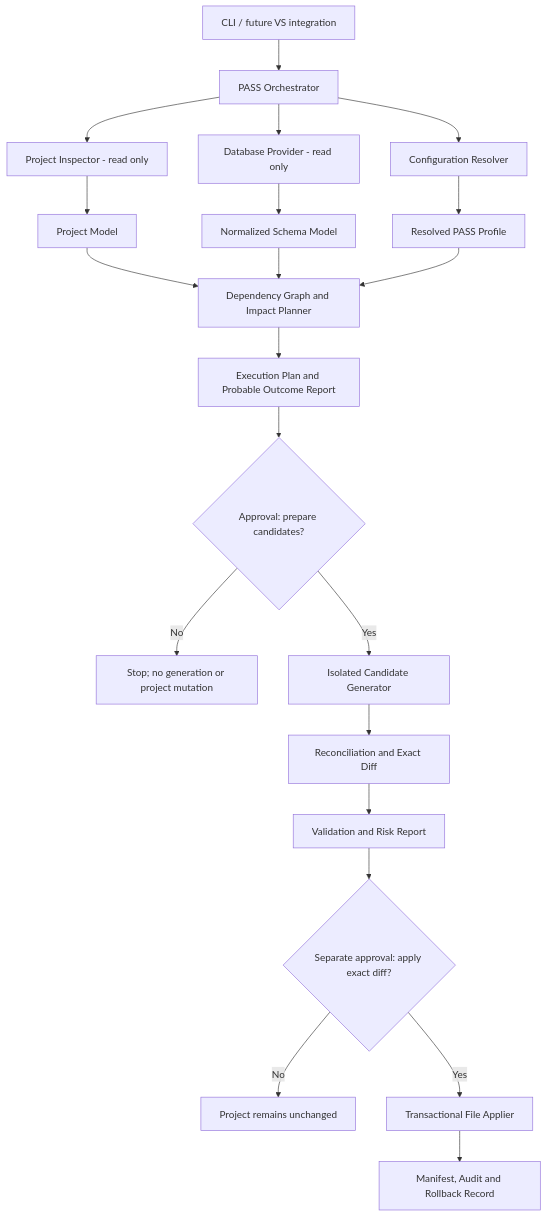
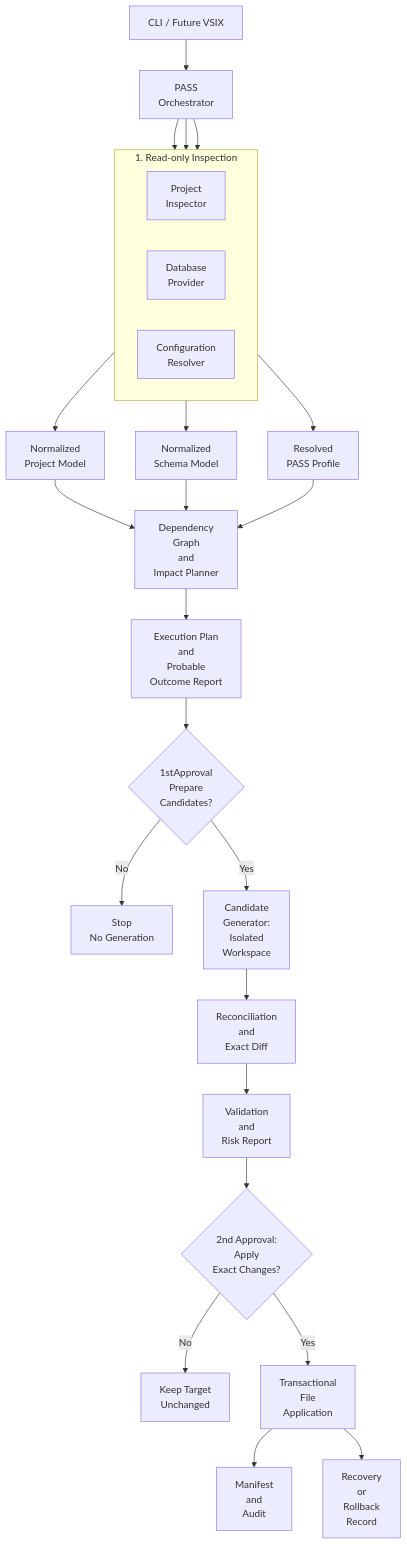
One commit to RashedulHaqueRonjon/PASS-Framework changed the diagram in docs/architecture/SystemArchitecture.md. Above: the diagram before and after it, drawn with Mermaid.

Commit message:
Enhance flowchart for high-level pipeline
Updated the flowchart in the System Architecture document to improve clarity and detail.

````diff
--- a/docs/architecture/SystemArchitecture.md
+++ b/docs/architecture/SystemArchitecture.md
@@ -26,23 +26,60 @@
 ```mermaid
+
 flowchart TD
-    A[CLI / future VS integration] --> B[PASS Orchestrator]
-    B --> C[Project Inspector - read only]
-    B --> D[Database Provider - read only]
-    B --> E[Configuration Resolver]
-    C --> F[Project Model]
-    D --> G[Normalized Schema Model]
-    E --> H[Resolved PASS Profile]
-    F --> I[Dependency Graph and Impact Planner]
+    A["CLI / Future VSIX"]
+    B["PASS<br/>Orchestrator"]
+
+    subgraph INSPECTION["1. Read-only Inspection"]
+        direction LR
+        C["Project<br/>Inspector"]
+        D["Database<br/>Provider"]
+        E["Configuration<br/>Resolver"]
+    end
+
+    F["Normalized<br/>Project Model"]
+    G["Normalized<br/>Schema Model"]
+    H["Resolved<br/>PASS Profile"]
+    I["Dependency<br/>Graph<br/>and<br/>Impact Planner"]
+    J["Execution Plan<br/>and<br/>Probable<br/>Outcome Report"]
+K{"1stApproval<br/>Prepare<br/>Candidates?"}
+    L["Stop<br/>No Generation"]
+    M["Candidate<br/>Generator:<br/>Isolated<br/>Workspace"]
+    N["Reconciliation<br/>and<br/>Exact Diff"]
+    O["Validation<br/>and<br/>Risk Report"]
+    P{"2nd Approval:<br/>Apply<br/>Exact Changes?"}
+    Q["Keep Target<br/>Unchanged"]
+    R["Transactional<br/>File<br/>Application"]
+    S["Manifest<br/>and<br/>Audit"]
+T["Recovery<br/>or<br/>Rollback<br/>Record"]
+
+    A --> B
+
+    B --> C
+    B --> D
+    B --> E
+
+    C --> F
+    D --> G
+    E --> H
+
+    F --> I
     G --> I
     H --> I
-    I --> J[Execution Plan and Probable Outcome Report]
-    J --> K{Approval: prepare candidates?}
-    K -- No --> L[Stop; no generation or project mutation]
-    K -- Yes --> M[Isolated Candidate Generator]
-    M --> N[Reconciliation and Exact Diff]
-    N --> O[Validation and Risk Report]
-    O --> P{Separate approval: apply exact diff?}
-    P -- No --> Q[Project remains unchanged]
-    P -- Yes --> R[Transactional File Applier]
-    R --> S[Manifest, Audit and Rollback Record]
+
+    I --> J
+    J --> K
+
+    K -- No --> L
+    K -- Yes --> M
+
+    M --> N
+    N --> O
+    O --> P
+
+    P -- No --> Q
+    P -- Yes --> R
+
+    R --> S
+    R --> T
+
 ```
````
